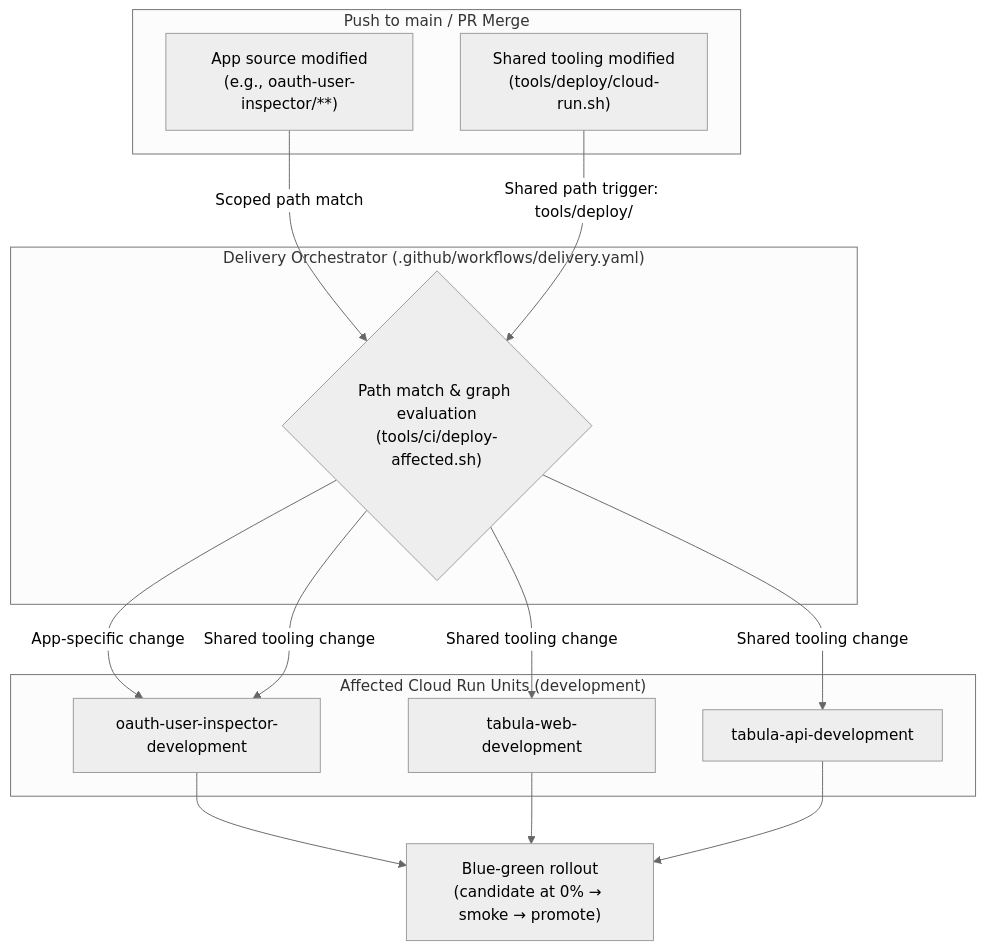
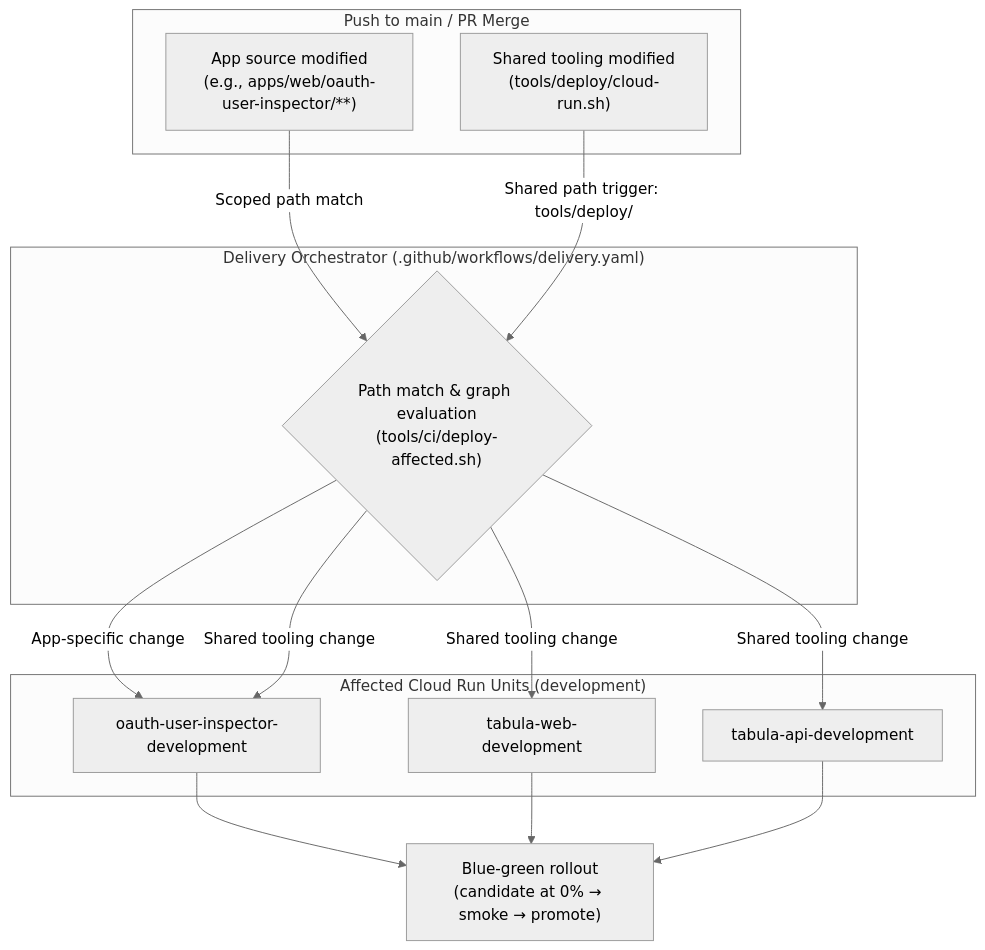
One commit to VitruvianSoftware/vitruvian-core changed the fourth of 5 diagrams in docs/concepts/sdlc.md. Above: the diagram before and after it, drawn with Mermaid (neutral theme). The commit also changed 73 other files, not shown here.

````diff
--- a/docs/concepts/sdlc.md
+++ b/docs/concepts/sdlc.md
@@ -117,27 +117,27 @@
 ```mermaid
 flowchart TD
     subgraph Triggers["Push to main / PR Merge"]
-        APP_SRC["App source modified<br/>(e.g., oauth-user-inspector/**)"]
+        APP_SRC["App source modified<br/>(e.g., apps/web/oauth-user-inspector/**)"]
         SHARED_TOOL["Shared tooling modified<br/>(tools/deploy/cloud-run.sh)"]
     end
 
     subgraph Orchestrator["Delivery Orchestrator (.github/workflows/delivery.yaml)"]
         EVAL{"Path match & graph evaluation<br/>(tools/ci/deploy-affected.sh)"}
     end
 
     subgraph Units["Affected Cloud Run Units (development)"]
         OAUTH["oauth-user-inspector-development"]
         TAB_WEB["tabula-web-development"]
         TAB_API["tabula-api-development"]
     end
 
     APP_SRC -->|Scoped path match| EVAL
     SHARED_TOOL -->|Shared path trigger: tools/deploy/| EVAL
 
     EVAL -->|App-specific change| OAUTH
     EVAL -->|Shared tooling change| OAUTH & TAB_WEB & TAB_API
 
     OAUTH --> BLUEGREEN["Blue-green rollout<br/>(candidate at 0% → smoke → promote)"]
     TAB_WEB --> BLUEGREEN
     TAB_API --> BLUEGREEN
 ```
````
